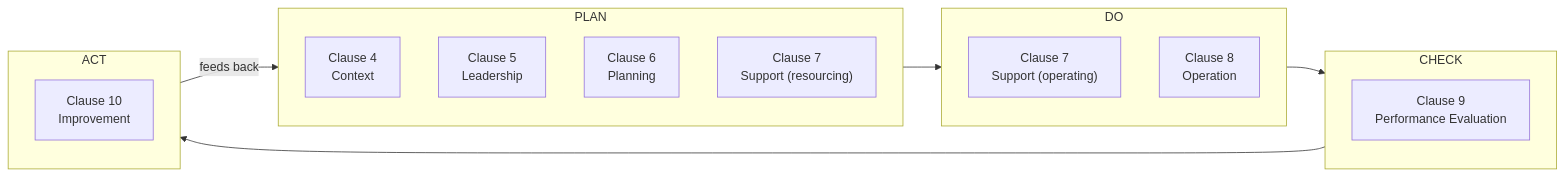
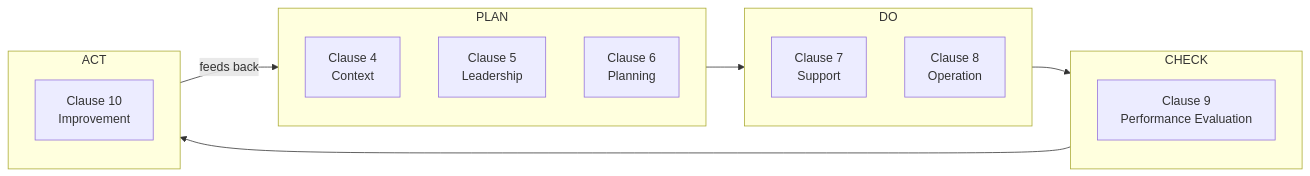
Before and after one commit to CoJoA13/EasySynQ: the first of 5 diagrams in docs/02-iso-9001-domain-model.md, drawn with Mermaid. The commit also changed other lines of this file and 29 other files, not shown here.

````diff
--- a/docs/02-iso-9001-domain-model.md
+++ b/docs/02-iso-9001-domain-model.md
@@ -209,21 +209,20 @@
 ```mermaid
 flowchart LR
     subgraph PLAN
       C4["Clause 4\nContext"]
       C5["Clause 5\nLeadership"]
       C6["Clause 6\nPlanning"]
-      C7p["Clause 7\nSupport (resourcing)"]
     end
     subgraph DO
-      C7d["Clause 7\nSupport (operating)"]
+      C7["Clause 7\nSupport"]
       C8["Clause 8\nOperation"]
     end
     subgraph CHECK
       C9["Clause 9\nPerformance Evaluation"]
     end
     subgraph ACT
       C10["Clause 10\nImprovement"]
     end
     PLAN --> DO --> CHECK --> ACT
     ACT -- "feeds back" --> PLAN
 ```
````
